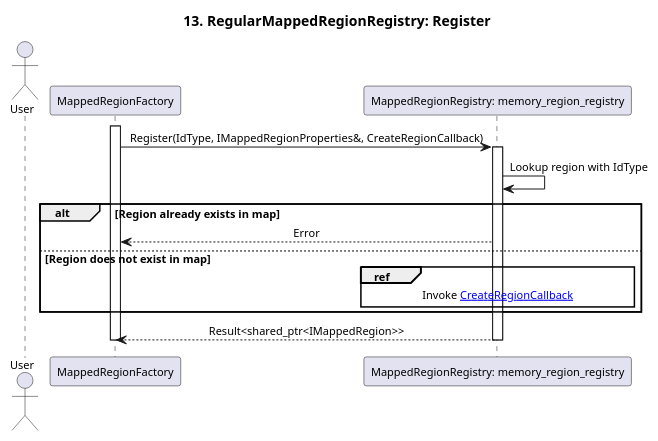
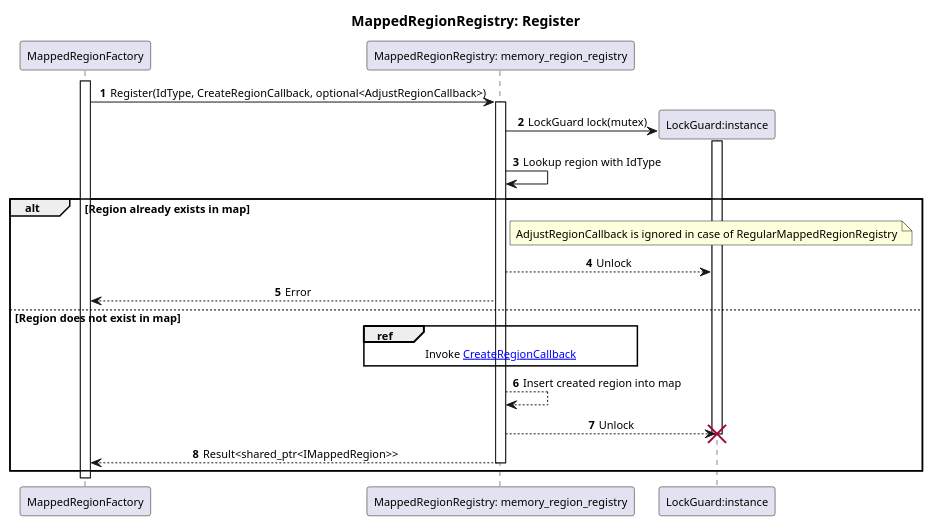
The diagram in score/memory/shared/design/redesign_proposal/assets/seq_13_regular_mapped_region_registry_register.puml (eclipse-score/communication), drawn with PlantUML before and after one commit. The commit also changed 32 other files, not shown here.

Commit message:
Adapt sequences, class diagram and extended README.md

```diff
--- a/score/memory/shared/design/redesign_proposal/assets/seq_13_regular_mapped_region_registry_register.puml
+++ b/score/memory/shared/design/redesign_proposal/assets/seq_13_regular_mapped_region_registry_register.puml
@@ -1,31 +1,44 @@
 @startuml seq_13_regular_mapped_region_registry_register
-title 13. RegularMappedRegionRegistry: Register
+autonumber
+title MappedRegionRegistry: Register
 skinparam defaultFontSize 11
 skinparam sequenceMessageAlign center
 
-actor "User" as User
 participant "MappedRegionFactory" as memory_region_factory
 participant "MappedRegionRegistry: memory_region_registry" as memory_region_registry
+participant "LockGuard:instance" as lock_guard
 
 activate memory_region_factory
 
-memory_region_factory -> memory_region_registry : Register(IdType, IMappedRegionProperties&, CreateRegionCallback)
+memory_region_factory -> memory_region_registry : Register(IdType, CreateRegionCallback, optional<AdjustRegionCallback>)
 activate memory_region_registry
+
+create lock_guard
+memory_region_registry -> lock_guard : LockGuard lock(mutex)
+activate lock_guard
 
 memory_region_registry -> memory_region_registry : Lookup region with IdType
 
 alt Region already exists in map
+    note right of memory_region_registry
+        AdjustRegionCallback is ignored in case of RegularMappedRegionRegistry
+    end note
+
+    memory_region_registry --> lock_guard : Unlock
+
     memory_region_registry --> memory_region_factory : Error
 else Region does not exist in map
     ref over memory_region_registry
         Invoke [[./seq_17_posix_named_mapped_region_create_callback.puml CreateRegionCallback]]
     end ref
+
+    memory_region_registry --> memory_region_registry : Insert created region into map
+    memory_region_registry --> lock_guard : Unlock
+    destroy lock_guard
+    memory_region_registry --> memory_region_factory : Result<shared_ptr<IMappedRegion>>
+    deactivate memory_region_registry
 end
 
-memory_region_registry --> memory_region_factory : Result<shared_ptr<IMappedRegion>>
-deactivate memory_region_registry
-
 deactivate memory_region_factory
-deactivate User
 
 @enduml
```
